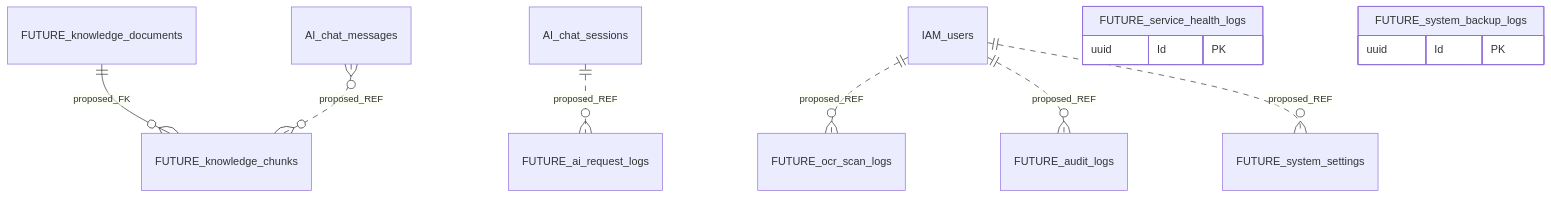
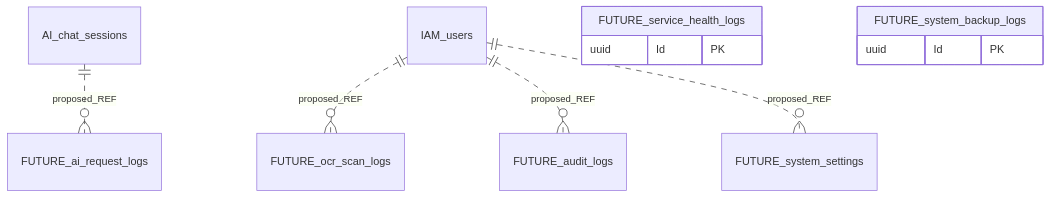
The diagram in docs/diagrams/erd/future.mmd (wardmate-capstone/wardmate-backend), drawn with Mermaid before and after one commit. The commit also changed 20 other files, not shown here.

Commit message:
docs(erd): update diagrams and schema inventory for knowledge base and delivery audits

```diff
--- a/docs/diagrams/erd/future.mmd
+++ b/docs/diagrams/erd/future.mmd
@@ -1,13 +1,11 @@
 erDiagram
-    FUTURE_knowledge_documents ||--o{ FUTURE_knowledge_chunks : proposed_FK
     AI_chat_sessions ||..o{ FUTURE_ai_request_logs : proposed_REF
-    AI_chat_messages }o..o{ FUTURE_knowledge_chunks : proposed_REF
     IAM_users ||..o{ FUTURE_ocr_scan_logs : proposed_REF
     IAM_users ||..o{ FUTURE_audit_logs : proposed_REF
     IAM_users ||..o{ FUTURE_system_settings : proposed_REF
     FUTURE_service_health_logs {
         uuid Id PK
     }
     FUTURE_system_backup_logs {
         uuid Id PK
     }
```
